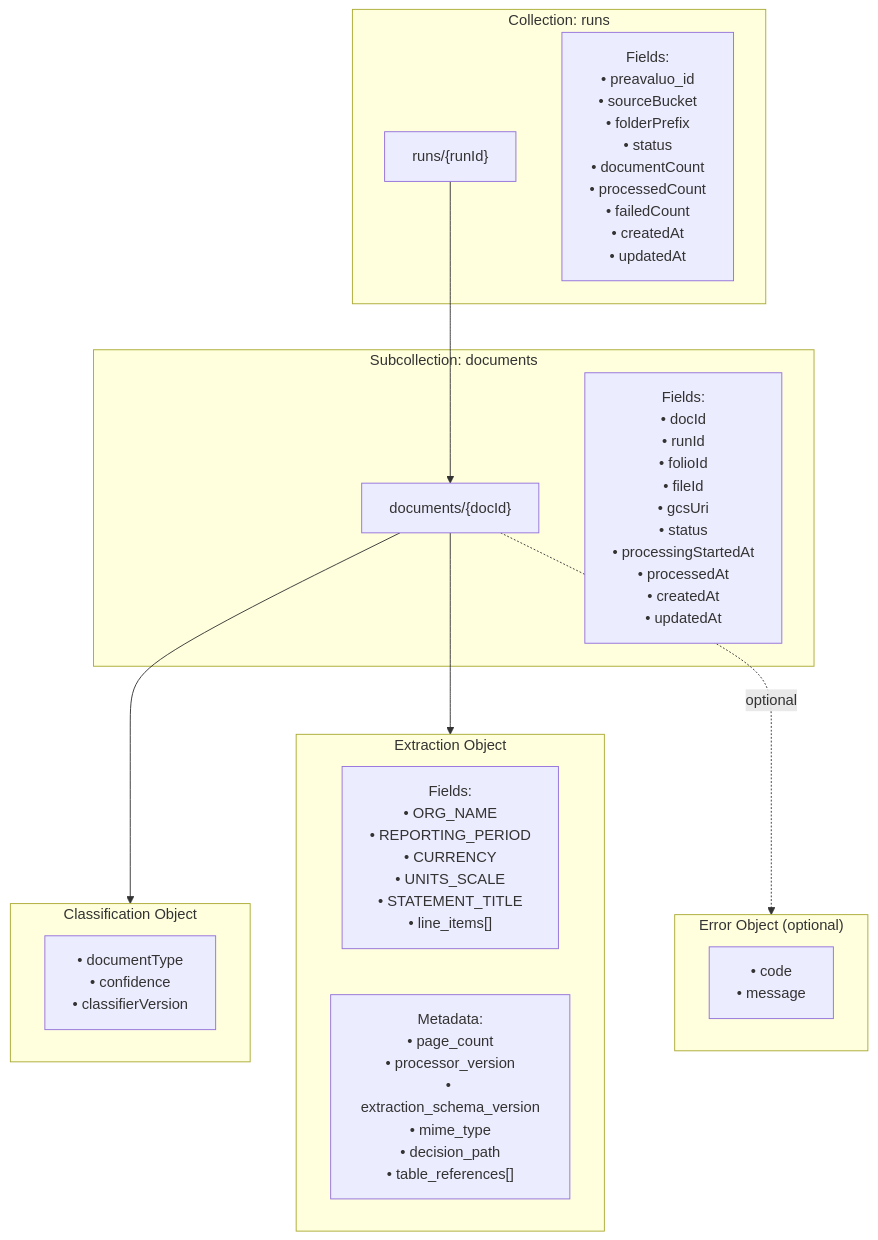
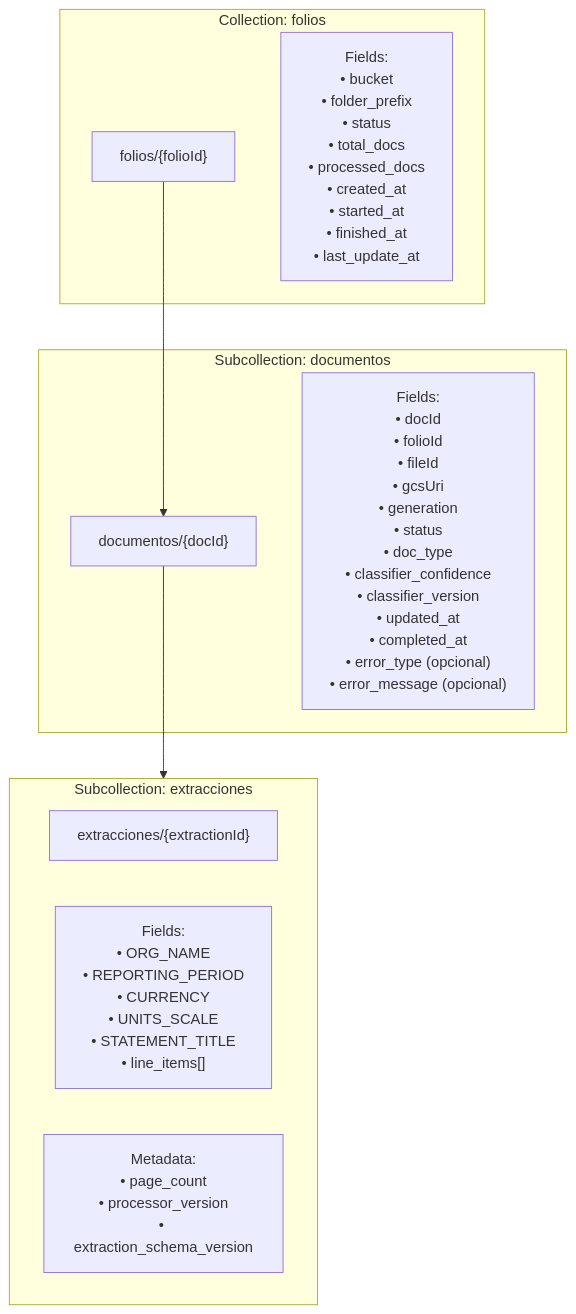
Before and after one commit to Apolo-Solutions-s2/apolo_procesamiento_inteligente_preavaluo: the diagram in diagrams/firestore-schema-simple.mmd, drawn with Mermaid. The commit also changed 23 other files, not shown here.

First line of the commit message:
Update project alignment with microservice specifications: code, docs, diagrams, and infrastructure

```diff
--- a/diagrams/firestore-schema-simple.mmd
+++ b/diagrams/firestore-schema-simple.mmd
@@ -1,28 +1,19 @@
 flowchart TD
-    subgraph Runs["Collection: runs"]
-        R["runs/{runId}"]
-        R_fields["Fields:<br/>• preavaluo_id<br/>• sourceBucket<br/>• folderPrefix<br/>• status<br/>• documentCount<br/>• processedCount<br/>• failedCount<br/>• createdAt<br/>• updatedAt"]
+    subgraph Folios["Collection: folios"]
+        F["folios/{folioId}"]
+        F_fields["Fields:<br/>• bucket<br/>• folder_prefix<br/>• status<br/>• total_docs<br/>• processed_docs<br/>• created_at<br/>• started_at<br/>• finished_at<br/>• last_update_at"]
     end
 
-    subgraph Docs["Subcollection: documents"]
-        D["documents/{docId}"]
-        D_fields["Fields:<br/>• docId<br/>• runId<br/>• folioId<br/>• fileId<br/>• gcsUri<br/>• status<br/>• processingStartedAt<br/>• processedAt<br/>• createdAt<br/>• updatedAt"]
+    subgraph Docs["Subcollection: documentos"]
+        D["documentos/{docId}"]
+        D_fields["Fields:<br/>• docId<br/>• folioId<br/>• fileId<br/>• gcsUri<br/>• generation<br/>• status<br/>• doc_type<br/>• classifier_confidence<br/>• classifier_version<br/>• updated_at<br/>• completed_at<br/>• error_type (opcional)<br/>• error_message (opcional)"]
     end
 
-    subgraph Classification["Classification Object"]
-        C_fields["• documentType<br/>• confidence<br/>• classifierVersion"]
+    subgraph Extracciones["Subcollection: extracciones"]
+        E["extracciones/{extractionId}"]
+        E_fields["Fields:<br/>• ORG_NAME<br/>• REPORTING_PERIOD<br/>• CURRENCY<br/>• UNITS_SCALE<br/>• STATEMENT_TITLE<br/>• line_items[]"]
+        E_meta["Metadata:<br/>• page_count<br/>• processor_version<br/>• extraction_schema_version"]
     end
 
-    subgraph Extraction["Extraction Object"]
-        E_fields["Fields:<br/>• ORG_NAME<br/>• REPORTING_PERIOD<br/>• CURRENCY<br/>• UNITS_SCALE<br/>• STATEMENT_TITLE<br/>• line_items[]"]
-        E_meta["Metadata:<br/>• page_count<br/>• processor_version<br/>• extraction_schema_version<br/>• mime_type<br/>• decision_path<br/>• table_references[]"]
-    end
-
-    subgraph Error["Error Object (optional)"]
-        Err_fields["• code<br/>• message"]
-    end
-
-    R --> D
-    D --> Classification
-    D --> Extraction
-    D -.optional.-> Error
+    F --> D
+    D --> Extracciones
```
